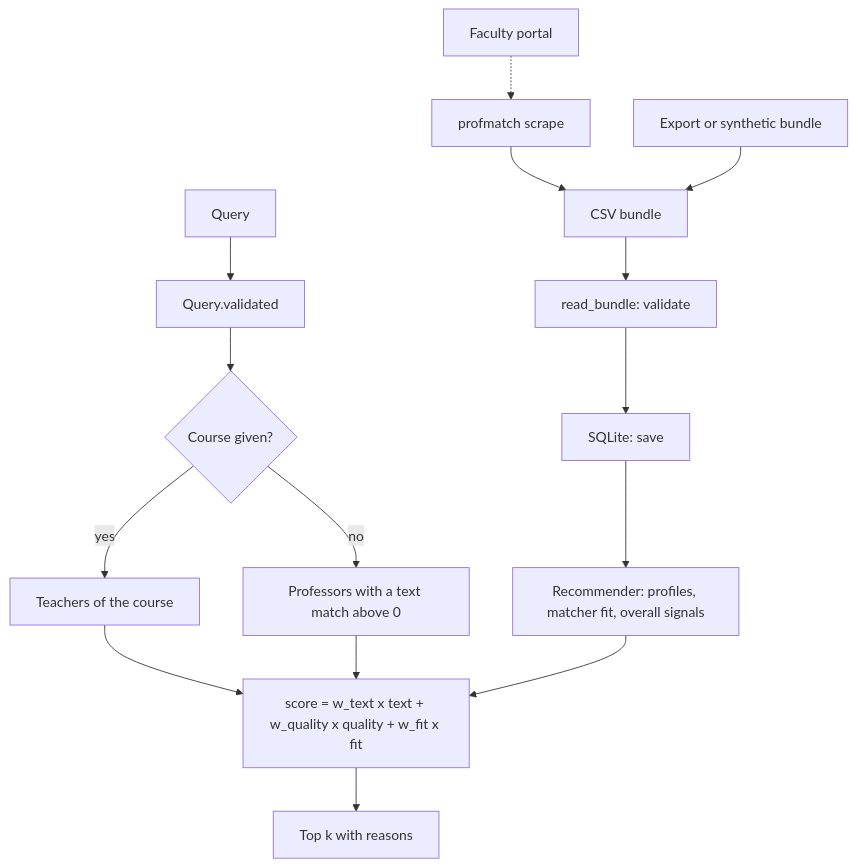
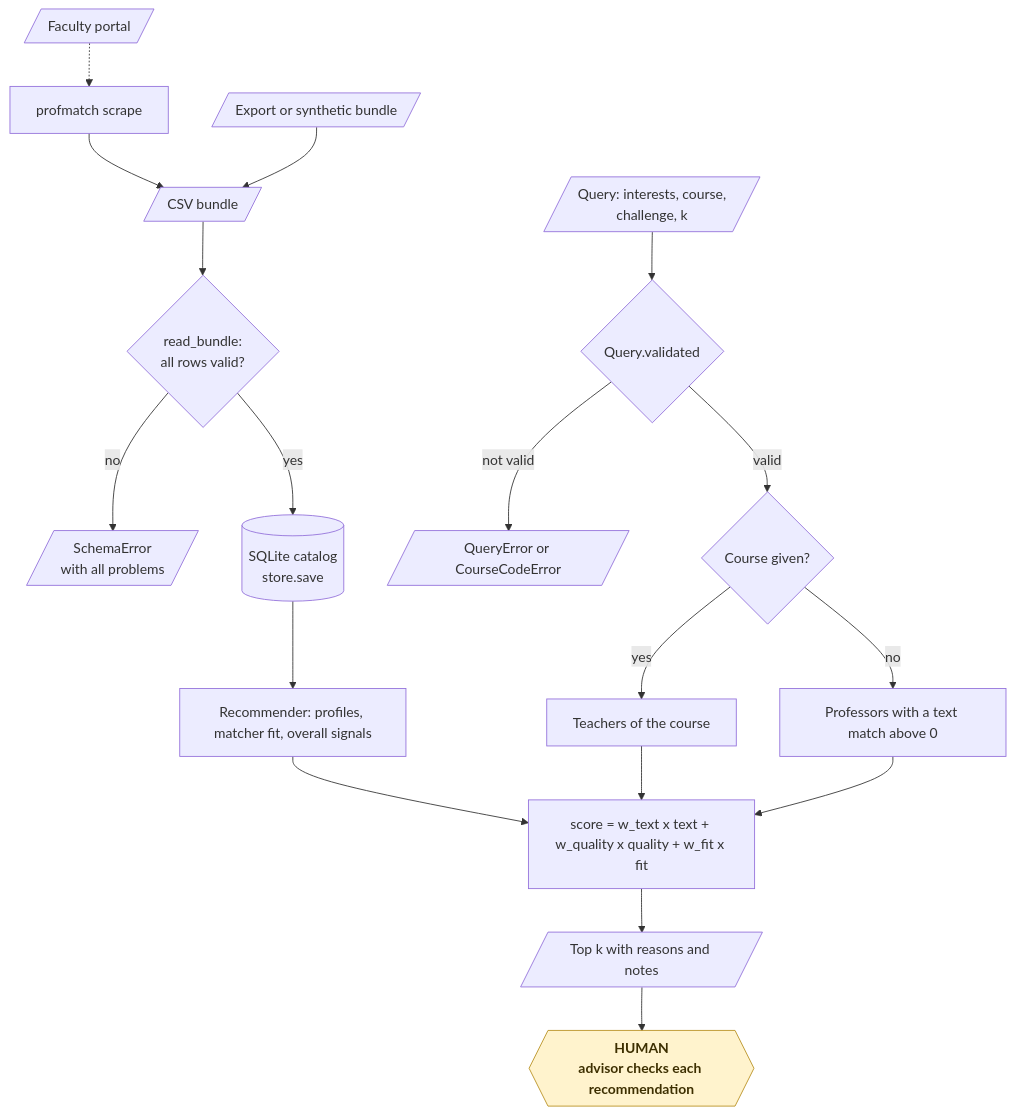
The fifth of 21 diagrams in README.md (KrishnaAnnavaram/profmatch), drawn with Mermaid before and after one commit. The commit also changed other lines of this file, not shown here.

Commit message:
Add the workflow diagrams to the README

````diff
--- a/README.md
+++ b/README.md
@@ -202,17 +263,23 @@
 ```mermaid
-flowchart TB
-    P["Faculty portal"] -.-> S["profmatch scrape"]
-    S --> B["CSV bundle"]
-    X["Export or synthetic bundle"] --> B
-    B --> V["read_bundle: validate"]
-    V --> DB["SQLite: save"]
+flowchart TD
+    P[/"Faculty portal"/] -.-> S["profmatch scrape"]
+    S --> B[/"CSV bundle"/]
+    X[/"Export or synthetic bundle"/] --> B
+    B --> V{"read_bundle:<br/>all rows valid?"}
+    V -- "no" --> SE[/"SchemaError<br/>with all problems"/]
+    V -- "yes" --> DB[("SQLite catalog<br/>store.save")]
     DB --> R["Recommender: profiles, matcher fit, overall signals"]
-    Q["Query"] --> QV["Query.validated"]
-    QV --> C{"Course given?"}
+    Q[/"Query: interests, course,<br/>challenge, k"/] --> QV{"Query.validated"}
+    QV -- "not valid" --> QE[/"QueryError or CourseCodeError"/]
+    QV -- "valid" --> C{"Course given?"}
     C -- "yes" --> CT["Teachers of the course"]
     C -- "no" --> CM["Professors with a text match above 0"]
     CT --> SC["score = w_text x text + w_quality x quality + w_fit x fit"]
     CM --> SC
     R --> SC
-    SC --> OUT["Top k with reasons"]
+    SC --> OUT[/"Top k with reasons and notes"/]
+    OUT --> HUMAN{{"HUMAN<br/>advisor checks each recommendation"}}
+
+    classDef human fill:#fff3cd,stroke:#b8901f,color:#3d2f00,font-weight:bold
+    class HUMAN human
 ```
````
